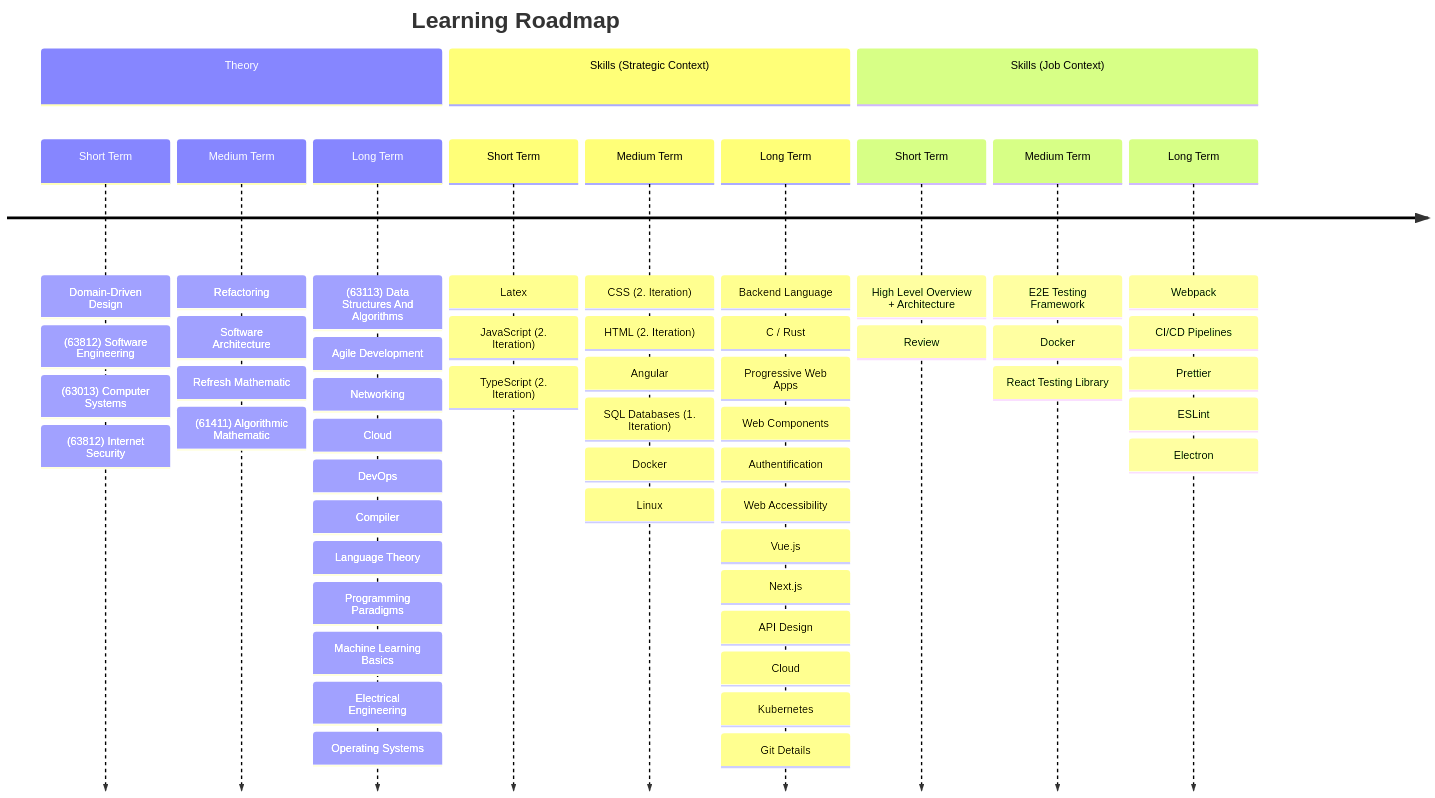
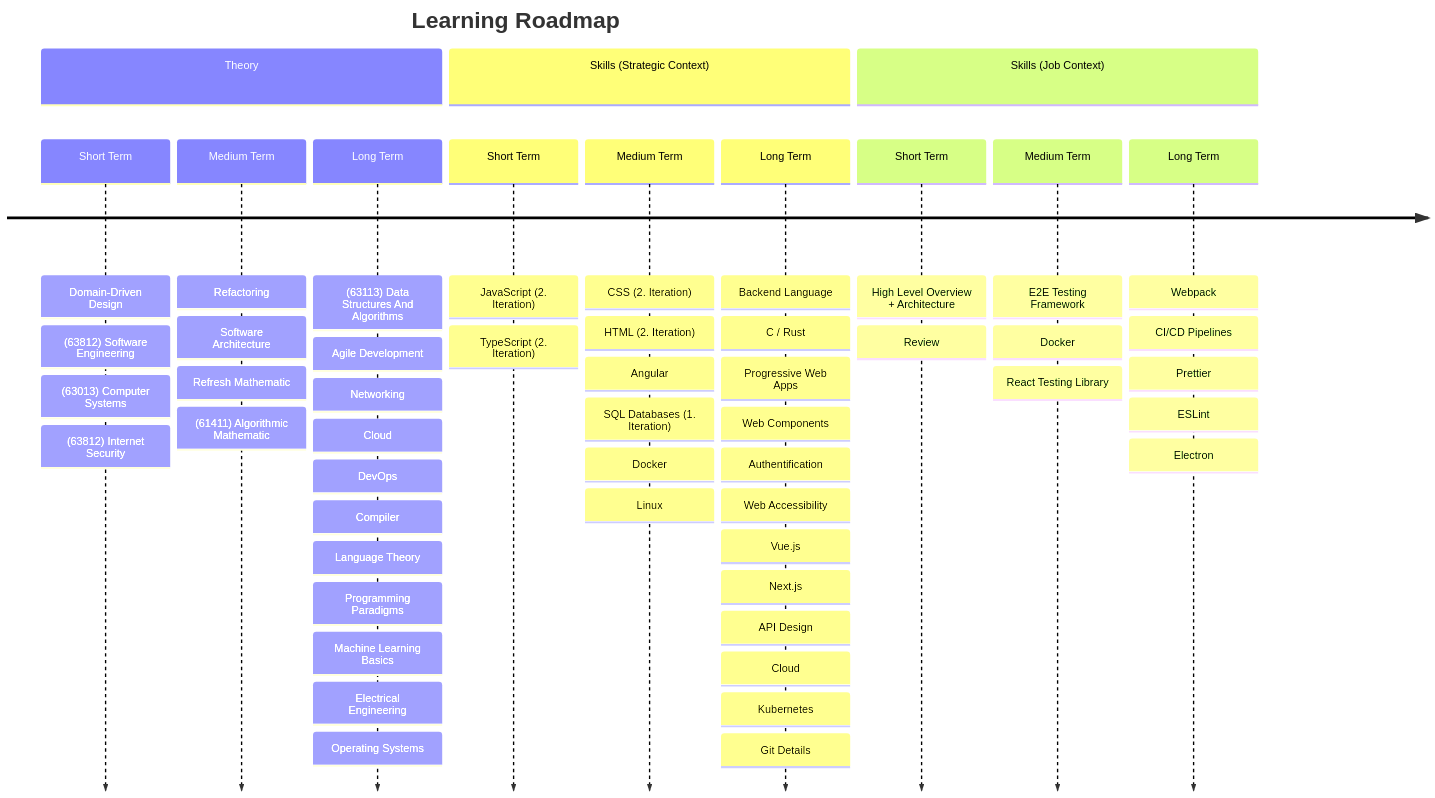
The second of 2 diagrams in README.md (lcov29/knowledgeBase), drawn with Mermaid before and after one commit. The commit also changed other lines of this file, not shown here.

Commit message:
add topics to mindmap and update learning roadmap

````diff
--- a/README.md
+++ b/README.md
@@ -89,57 +91,56 @@
 ```mermaid
 timeline
    title Learning Roadmap
    section Theory
       Short Term: Domain-Driven Design 
                 : (63812) Software Engineering
                 : (63013) Computer Systems
                 : (63812) Internet Security
       Medium Term: Refactoring
                  : Software Architecture
                  : Refresh Mathematic
                  : (61411) Algorithmic Mathematic
       Long Term: (63113) Data Structures And Algorithms
                : Agile Development
                : Networking
                : Cloud
                : DevOps
                : Compiler
                : Language Theory
                : Programming Paradigms
                : Machine Learning Basics
                : Electrical Engineering
                : Operating Systems
    section Skills (Strategic Context)
-      Short Term: Latex
-                : JavaScript (2. Iteration)
+      Short Term: JavaScript (2. Iteration)
                 : TypeScript (2. Iteration)
       Medium Term: CSS (2. Iteration)
                  : HTML (2. Iteration)
                  : Angular
                  : SQL Databases (1. Iteration)
                  : Docker
                  : Linux
       Long Term: Backend Language
                : C / Rust
                : Progressive Web Apps
                : Web Components
                : Authentification
                : Web Accessibility
                : Vue.js
                : Next.js
                : API Design
                : Cloud
                : Kubernetes
                : Git Details
    section Skills (Job Context)
       Short Term: High Level Overview + Architecture
                 : Review
       Medium Term: E2E Testing Framework
                  : Docker
                  : React Testing Library
       Long Term: Webpack
                : CI/CD Pipelines
                : Prettier
                : ESLint
                : Electron
 ```
````
